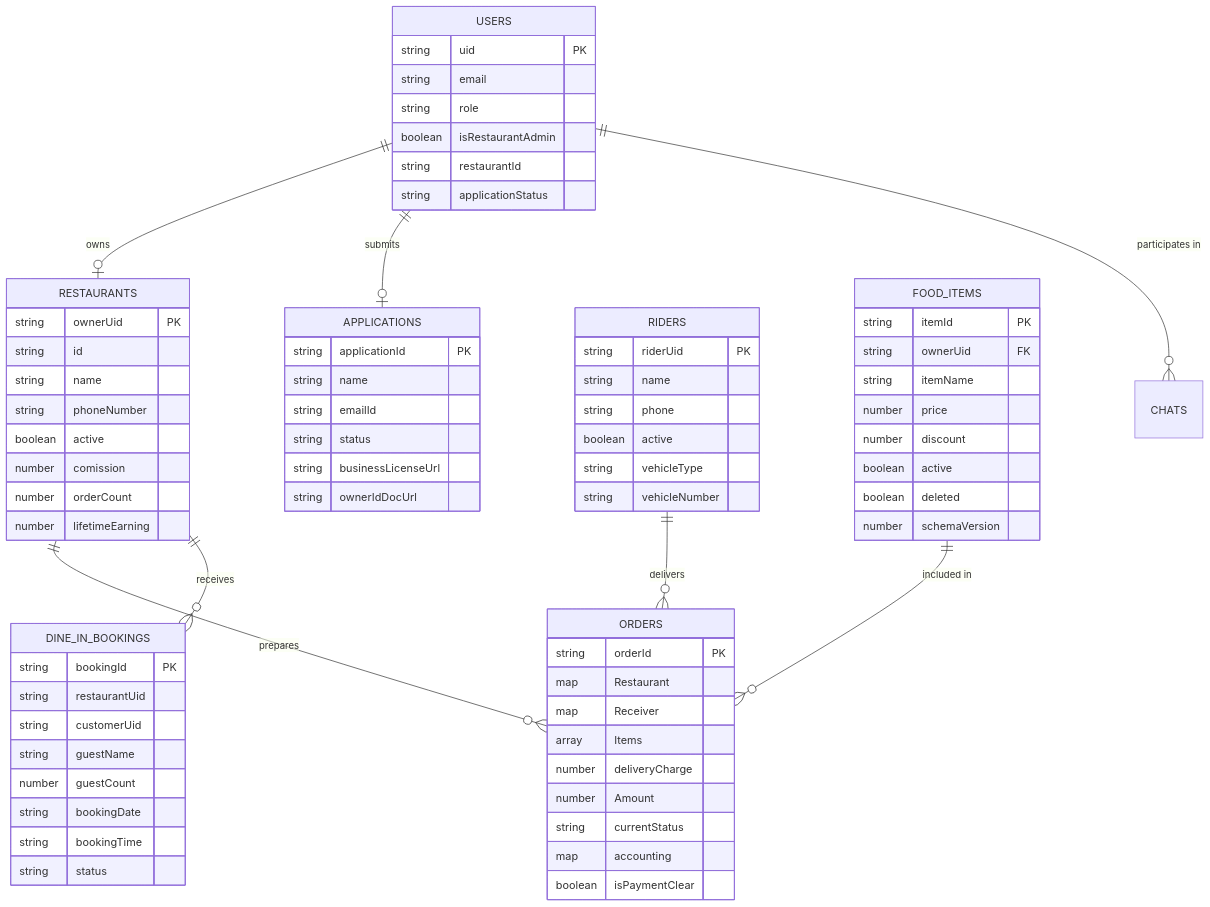
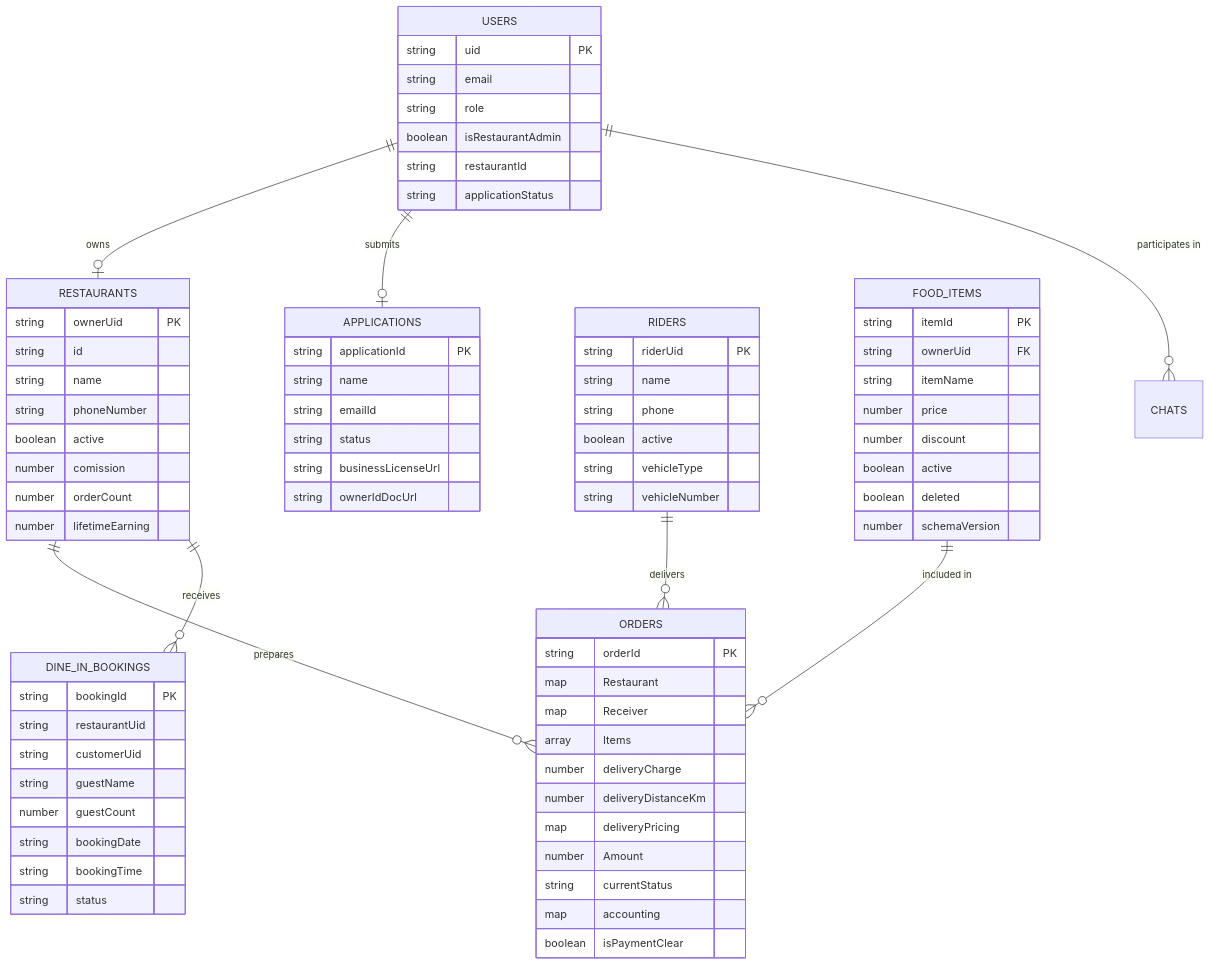
One commit to Thaiseva-Org/thaiseva-food-portal changed the diagram in docs/DATABASE.md. Above: the diagram before and after it, drawn with Mermaid. The commit also changed other lines of this file and 16 other files, not shown here.

First line of the commit message:
Price food delivery by road distance

```diff
--- a/docs/DATABASE.md
+++ b/docs/DATABASE.md
@@ -70,6 +70,8 @@
         map Receiver
         array Items
         number deliveryCharge
+        number deliveryDistanceKm
+        map deliveryPricing
         number Amount
         string currentStatus
         map accounting
```
